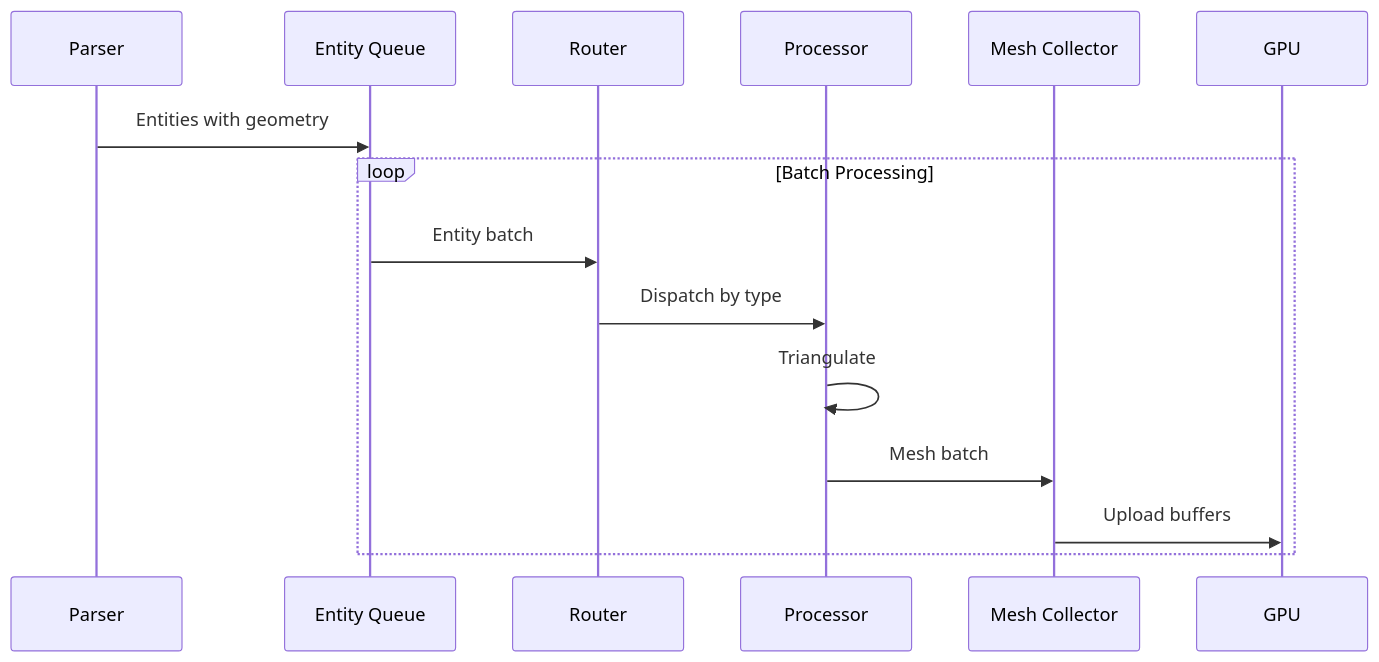
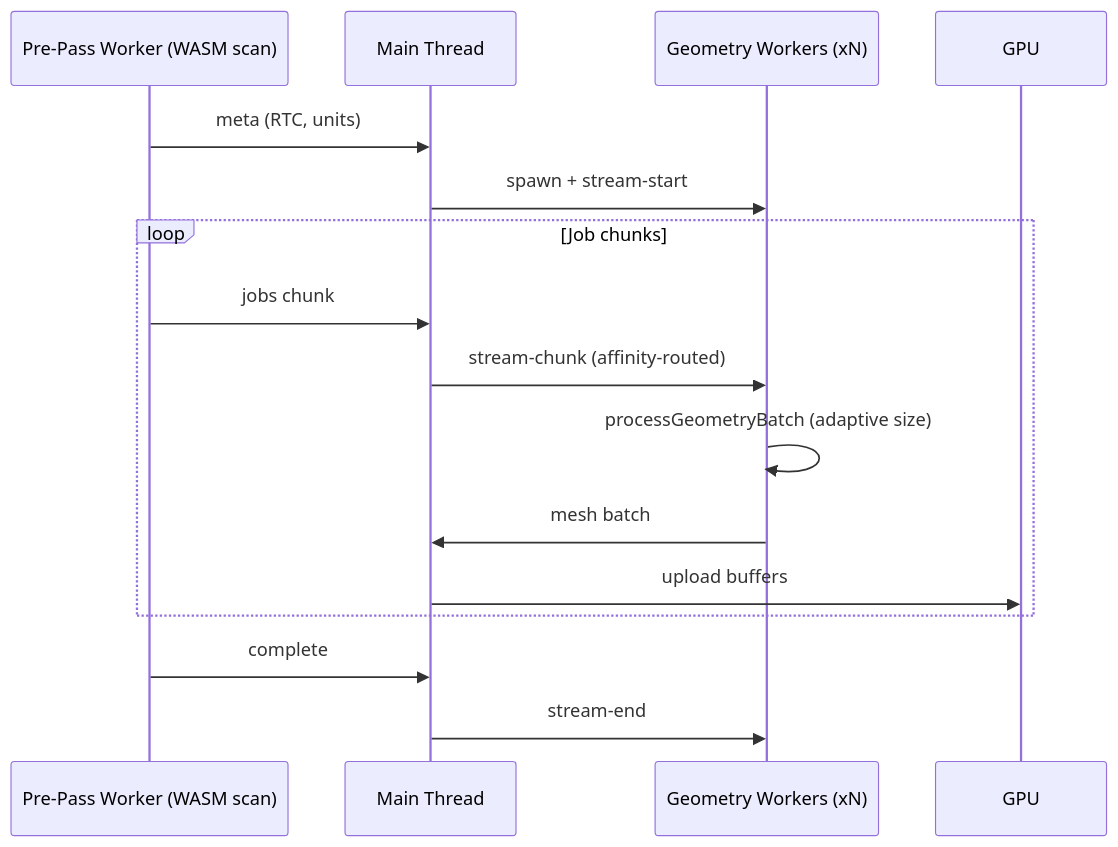
Diagram 12 of 12 in docs/architecture/geometry-pipeline.md (LTplus-AG/ifc-lite), drawn with Mermaid before and after one commit. The commit also changed other lines of this file and 78 other files, not shown here.

````diff
--- a/docs/architecture/geometry-pipeline.md
+++ b/docs/architecture/geometry-pipeline.md
@@ -470,18 +472,19 @@
 ```mermaid
 sequenceDiagram
-    participant Parser
-    participant Queue as Entity Queue
-    participant Router
-    participant Processor
-    participant Collector as Mesh Collector
+    participant Pre as Pre-Pass Worker (WASM scan)
+    participant Host as Main Thread
+    participant W as Geometry Workers (xN)
     participant GPU
 
-    Parser->>Queue: Entities with geometry
-    loop Batch Processing
-        Queue->>Router: Entity batch
-        Router->>Processor: Dispatch by type
-        Processor->>Processor: Triangulate
-        Processor->>Collector: Mesh batch
-        Collector->>GPU: Upload buffers
+    Pre->>Host: meta (RTC, units)
+    Host->>W: spawn + stream-start
+    loop Job chunks
+        Pre->>Host: jobs chunk
+        Host->>W: stream-chunk (affinity-routed)
+        W->>W: processGeometryBatch (adaptive size)
+        W->>Host: mesh batch
+        Host->>GPU: upload buffers
     end
+    Pre->>Host: complete
+    Host->>W: stream-end
 ```
````
